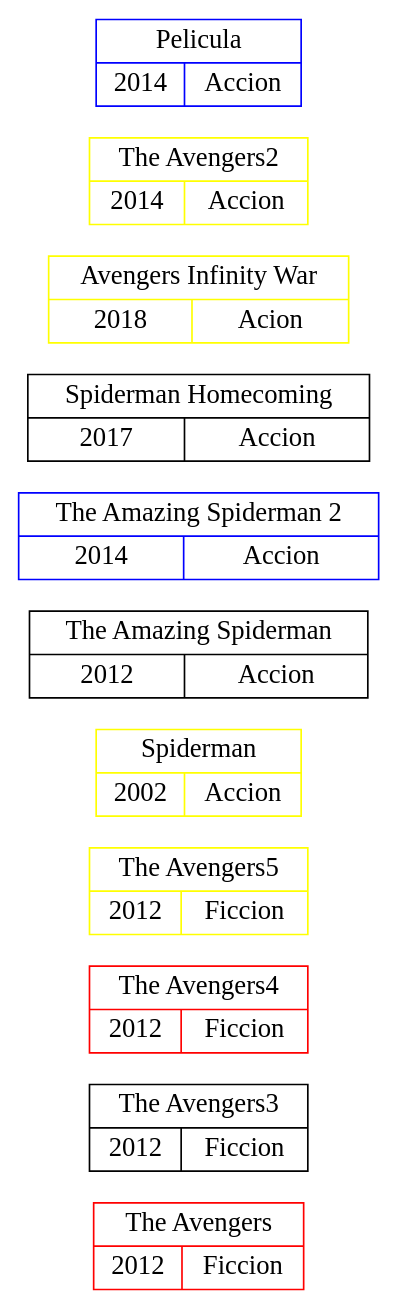
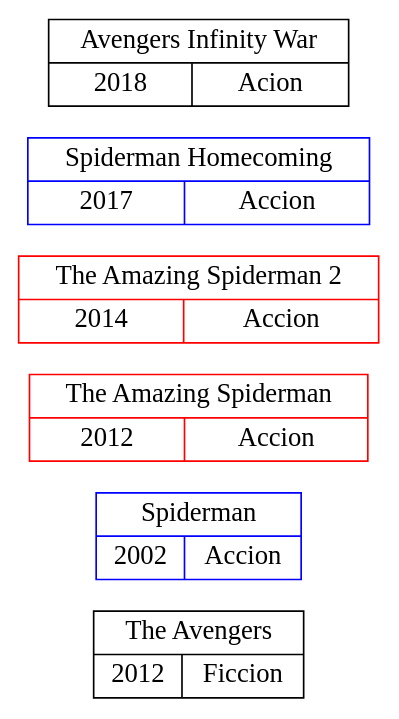
One commit to Javier-201906795/LFP_201906795 changed the diagram in Practica1/imagen.dot. Above: the diagram before and after it, drawn with Graphviz. The commit also changed 3 other files, not shown here.

```diff
--- a/Practica1/imagen.dot
+++ b/Practica1/imagen.dot
@@ -1,26 +1,15 @@
 digraph { 
 rankdir = LR 
 node[shape=circle, fontname="Arial Black", fontsize=16]
-pelicula0[shape=record, color = red, label="The Avengers  | {2012  | Ficcion
+pelicula0[shape=record, color = black, label="The Avengers  | {2012  | Ficcion
  } "]
-pelicula1[shape=record, color = black, label="The Avengers3  | {2012  | Ficcion
+pelicula1[shape=record, color = blue, label="Spiderman | {2002 | Accion
  } "]
-pelicula2[shape=record, color = red, label="The Avengers4  | {2012  | Ficcion
+pelicula2[shape=record, color = red, label="The Amazing Spiderman | {2012 | Accion
  } "]
-pelicula3[shape=record, color = yellow, label="The Avengers5  | {2012  | Ficcion
+pelicula3[shape=record, color = red, label="The Amazing Spiderman 2 | {2014 | Accion
  } "]
-pelicula4[shape=record, color = yellow, label="Spiderman | {2002 | Accion
+pelicula4[shape=record, color = blue, label="Spiderman Homecoming | {2017 | Accion
  } "]
-pelicula5[shape=record, color = black, label="The Amazing Spiderman | {2012 | Accion
- } "]
-pelicula6[shape=record, color = blue, label="The Amazing Spiderman 2 | {2014 | Accion
- } "]
-pelicula7[shape=record, color = black, label="Spiderman Homecoming | {2017 | Accion
- } "]
-pelicula8[shape=record, color = yellow, label="Avengers Infinity War | {2018 | Acion
- } "]
-pelicula9[shape=record, color = yellow, label="The Avengers2  | {2014  | Accion
- } "]
-pelicula10[shape=record, color = blue, label="Pelicula  | {2014  | Accion
- } "]
+pelicula5[shape=record, color = black, label="Avengers Infinity War | {2018 | Acion } "]
 } 
```
